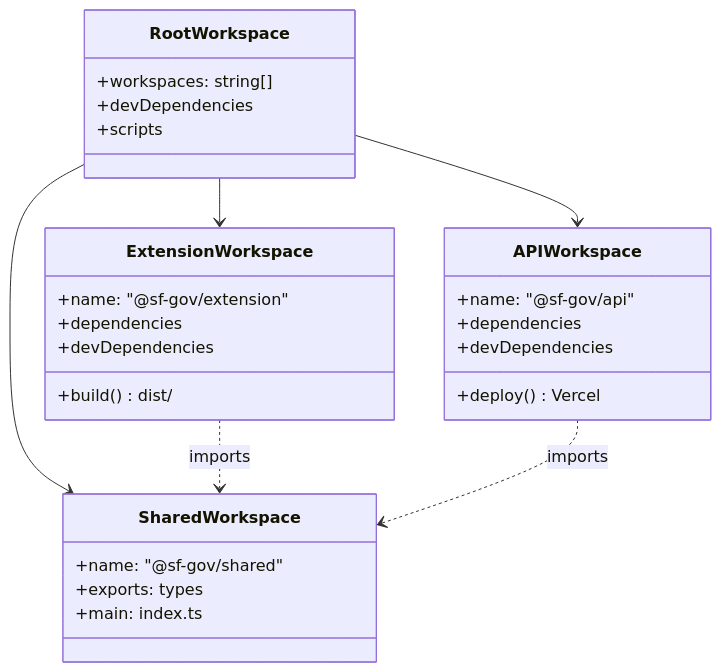
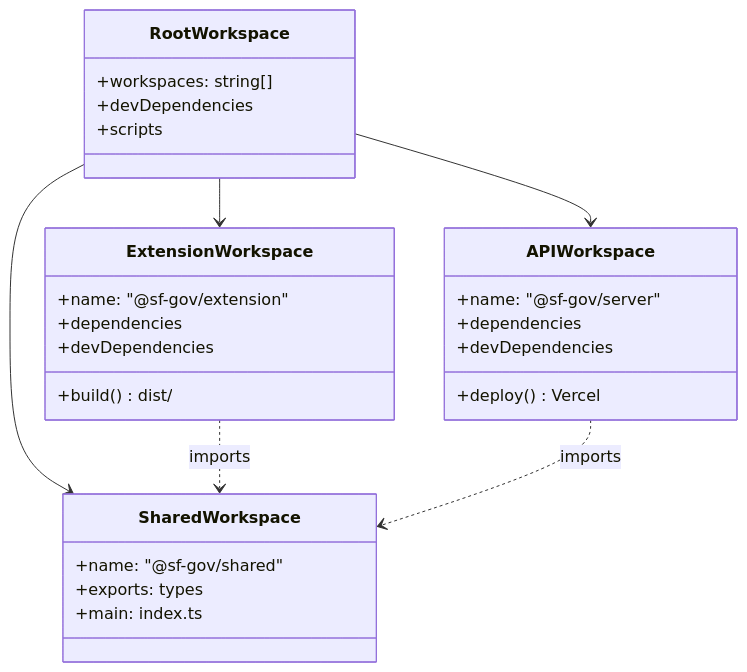
The second of 2 diagrams in .kiro/specs/monorepo-conversion/design.md (fwextensions/sf-gov-companion), drawn with Mermaid before and after one commit. The commit also changed other lines of this file and 13 other files, not shown here.

````diff
--- a/.kiro/specs/monorepo-conversion/design.md
+++ b/.kiro/specs/monorepo-conversion/design.md
@@ -292,34 +292,34 @@
 ```mermaid
 classDiagram
     class RootWorkspace {
         +workspaces: string[]
         +devDependencies
         +scripts
     }
     
     class ExtensionWorkspace {
         +name: "@sf-gov/extension"
         +dependencies
         +devDependencies
         +build() dist/
     }
     
     class APIWorkspace {
-        +name: "@sf-gov/api"
+        +name: "@sf-gov/server"
         +dependencies
         +devDependencies
         +deploy() Vercel
     }
     
     class SharedWorkspace {
         +name: "@sf-gov/shared"
         +exports: types
         +main: index.ts
     }
     
     RootWorkspace --> ExtensionWorkspace
     RootWorkspace --> APIWorkspace
     RootWorkspace --> SharedWorkspace
     ExtensionWorkspace ..> SharedWorkspace : imports
     APIWorkspace ..> SharedWorkspace : imports
 ```
````
